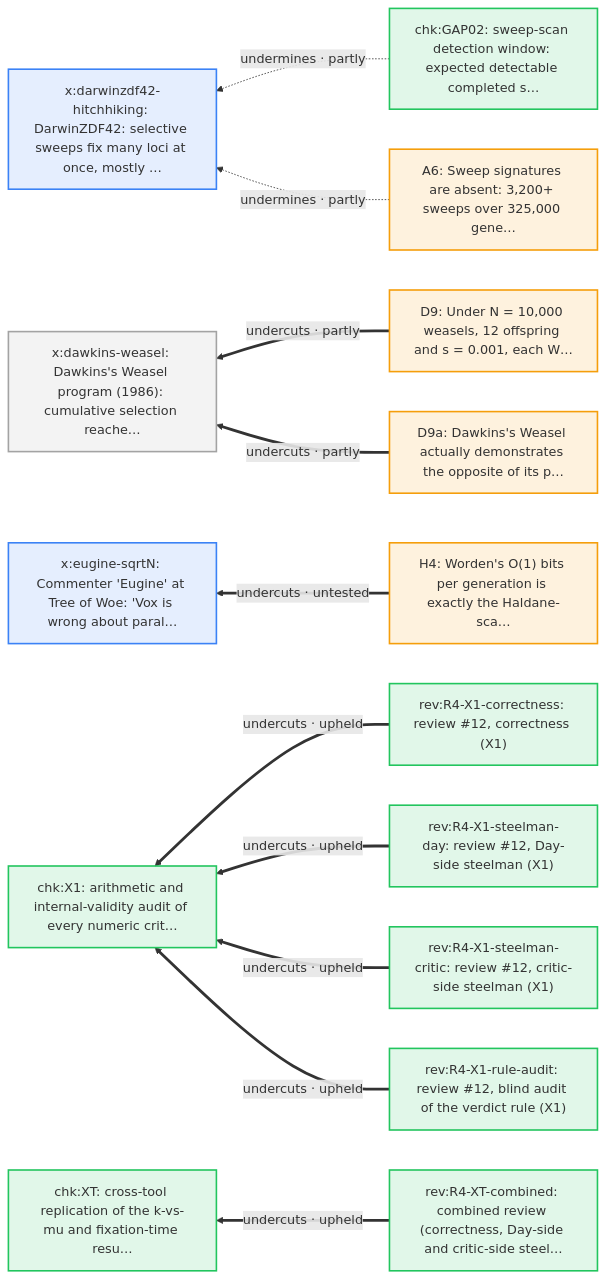
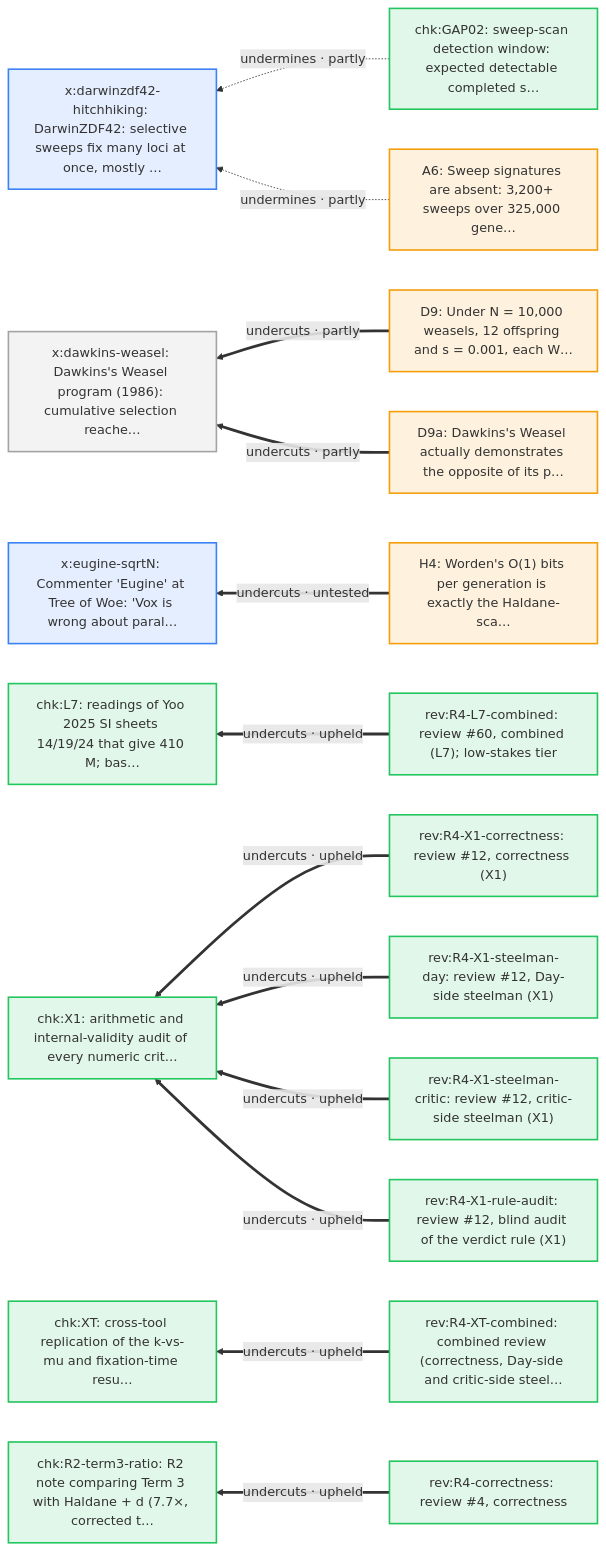
One commit to nickallevato/evo-sim changed diagram 20 of 20 in docs/arguments/defeaters.md. Above: the diagram before and after it, drawn with Mermaid. The commit also changed other lines of this file and 25 other files, not shown here.

````diff
--- a/docs/arguments/defeaters.md
+++ b/docs/arguments/defeaters.md
@@ -1122,33 +1131,39 @@
 ```mermaid
 flowchart RL
   classDef day fill:#f59e0b22,stroke:#f59e0b,stroke-width:2px
   classDef ally fill:#d9770622,stroke:#d97706,stroke-width:2px
   classDef critic fill:#3b82f622,stroke:#3b82f6,stroke-width:2px
   classDef literature fill:#a3a3a322,stroke:#a3a3a3,stroke-width:2px
   classDef audit fill:#22c55e22,stroke:#22c55e,stroke-width:2px
   A6["A6: Sweep signatures are absent: 3,200+ sweeps over 325,000 gene…"]:::day
   D9["D9: Under N = 10,000 weasels, 12 offspring and s = 0.001, each W…"]:::day
   D9a["D9a: Dawkins's Weasel actually demonstrates the opposite of its p…"]:::day
   H4["H4: Worden's O(1) bits per generation is exactly the Haldane-sca…"]:::day
   chk_GAP02["chk:GAP02: sweep-scan detection window: expected detectable completed s…"]:::audit
+  chk_L7["chk:L7: readings of Yoo 2025 SI sheets 14/19/24 that give 410 M; bas…"]:::audit
+  chk_R2_term3_ratio["chk:R2-term3-ratio: R2 note comparing Term 3 with Haldane + d (7.7×, corrected t…"]:::audit
   chk_X1["chk:X1: arithmetic and internal-validity audit of every numeric crit…"]:::audit
   chk_XT["chk:XT: cross-tool replication of the k-vs-mu and fixation-time resu…"]:::audit
+  rev_R4_L7_combined["rev:R4-L7-combined: review #60, combined (L7); low-stakes tier"]:::audit
   rev_R4_X1_correctness["rev:R4-X1-correctness: review #12, correctness (X1)"]:::audit
   rev_R4_X1_rule_audit["rev:R4-X1-rule-audit: review #12, blind audit of the verdict rule (X1)"]:::audit
   rev_R4_X1_steelman_critic["rev:R4-X1-steelman-critic: review #12, critic-side steelman (X1)"]:::audit
   rev_R4_X1_steelman_day["rev:R4-X1-steelman-day: review #12, Day-side steelman (X1)"]:::audit
   rev_R4_XT_combined["rev:R4-XT-combined: combined review (correctness, Day-side and critic-side steel…"]:::audit
+  rev_R4_correctness["rev:R4-correctness: review #4, correctness"]:::audit
   x_darwinzdf42_hitchhiking["x:darwinzdf42-hitchhiking: DarwinZDF42: selective sweeps fix many loci at once, mostly …"]:::critic
   x_dawkins_weasel["x:dawkins-weasel: Dawkins's Weasel program (1986): cumulative selection reache…"]:::literature
   x_eugine_sqrtN["x:eugine-sqrtN: Commenter 'Eugine' at Tree of Woe: 'Vox is wrong about paral…"]:::critic
+  rev_R4_L7_combined ==>|"undercuts · upheld"| chk_L7
+  rev_R4_correctness ==>|"undercuts · upheld"| chk_R2_term3_ratio
   rev_R4_X1_correctness ==>|"undercuts · upheld"| chk_X1
   rev_R4_X1_steelman_day ==>|"undercuts · upheld"| chk_X1
   rev_R4_X1_steelman_critic ==>|"undercuts · upheld"| chk_X1
   rev_R4_X1_rule_audit ==>|"undercuts · upheld"| chk_X1
   rev_R4_XT_combined ==>|"undercuts · upheld"| chk_XT
   chk_GAP02 -.->|"undermines · partly"| x_darwinzdf42_hitchhiking
   A6 -.->|"undermines · partly"| x_darwinzdf42_hitchhiking
   D9 ==>|"undercuts · partly"| x_dawkins_weasel
   D9a ==>|"undercuts · partly"| x_dawkins_weasel
   H4 ==>|"undercuts · untested"| x_eugine_sqrtN
 ```
````
